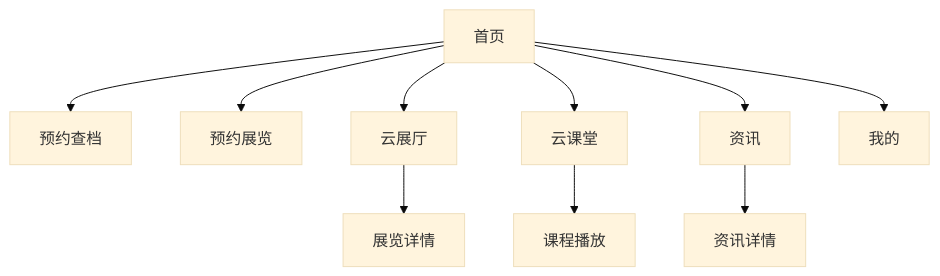
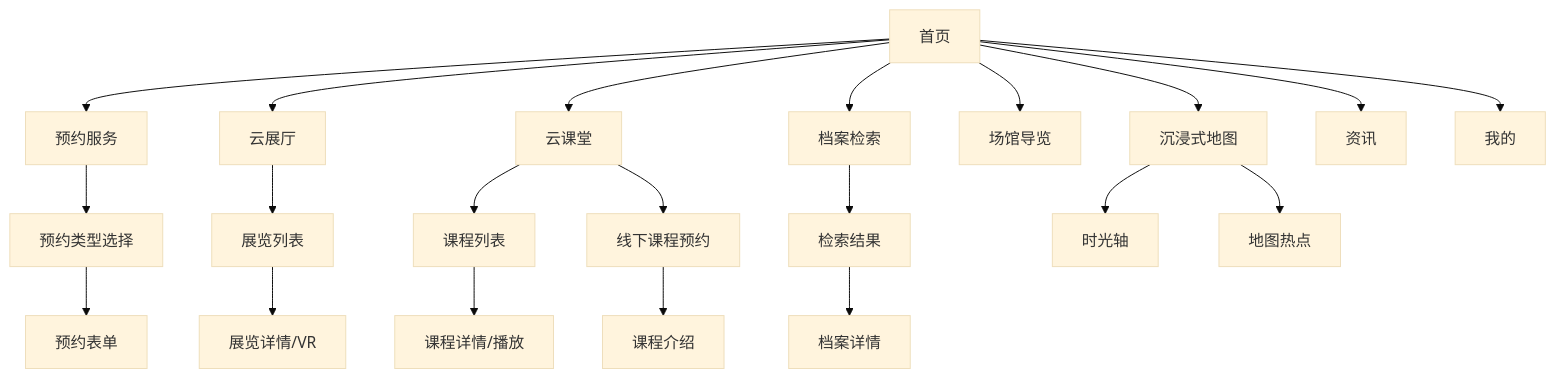
Before and after one commit to OceanHAN/sz-archives-platform: the diagram in .trae/documents/shanghai-archives-prd.md, drawn with Mermaid (base theme). The commit also changed other lines of this file and 62 other files, not shown here.

````diff
--- a/.trae/documents/shanghai-archives-prd.md
+++ b/.trae/documents/shanghai-archives-prd.md
@@ -43,12 +29,28 @@
 ```mermaid
 graph TD
-  A[首页] --> B[预约查档]
-  A --> C[预约展览]
-  A --> D[云展厅]
-  A --> E[云课堂]
-  A --> F[资讯]
-  A --> G[我的]
-  D --> H[展览详情]
-  E --> I[课程播放]
-  F --> J[资讯详情]
+    Home[首页] --> Booking[预约服务]
+    Home --> Exhibition[云展厅]
+    Home --> Course[云课堂]
+    Home --> Search[档案检索]
+    Home --> Guide[场馆导览]
+    Home --> Map[沉浸式地图]
+    Home --> News[资讯]
+    Home --> Profile[我的]
+
+    Booking --> BookingType[预约类型选择]
+    BookingType --> BookingForm[预约表单]
+    
+    Exhibition --> ExhibitionList[展览列表]
+    ExhibitionList --> ExhibitionDetail[展览详情/VR]
+
+    Course --> CourseList[课程列表]
+    Course --> CourseBooking[线下课程预约]
+    CourseList --> CourseDetail[课程详情/播放]
+    CourseBooking --> CourseDetailInfo[课程介绍]
+
+    Search --> SearchResult[检索结果]
+    SearchResult --> ArchiveDetail[档案详情]
+
+    Map --> Timeline[时光轴]
+    Map --> POI[地图热点]
 ```
````
